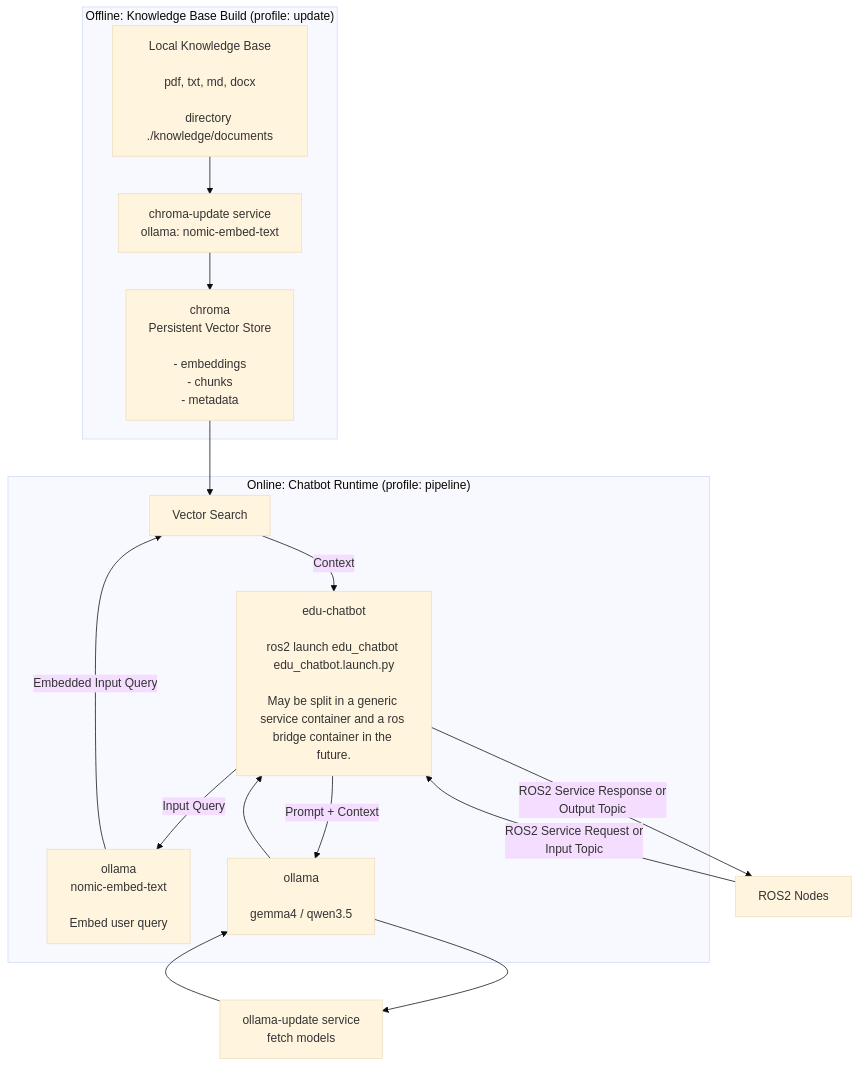
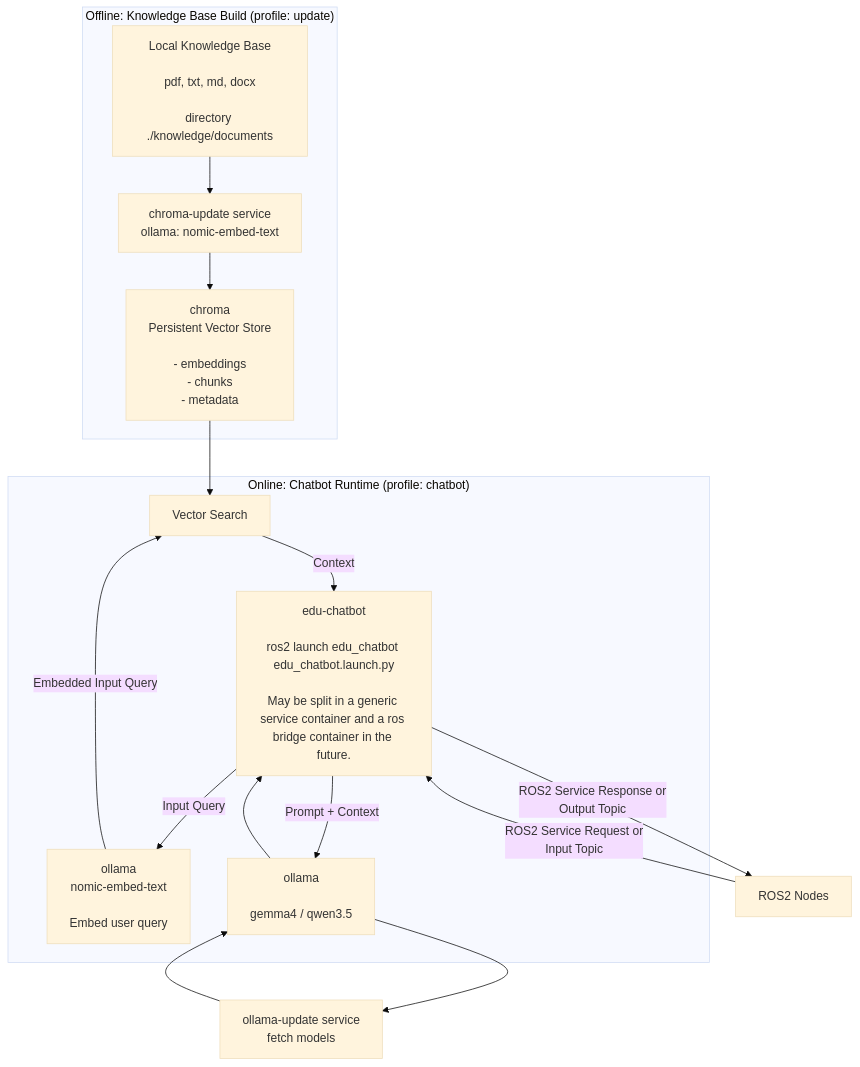
One commit to EduArt-Robotik/edu_chatbot changed the diagram in README.md. Above: the diagram before and after it, drawn with Mermaid (base theme). The commit also changed other lines of this file and 1 other file, not shown here.

````diff
--- a/README.md
+++ b/README.md
@@ -7,64 +12,64 @@
 ```mermaid
 flowchart TB
 
 %% =========================
 %% Offline ingestion
 %% =========================
 
 subgraph OFFLINE["Offline: Knowledge Base Build (profile: update)"]
     DOCS["Local Knowledge Base<br/><br/>pdf, txt, md, docx<br/><br/>directory ./knowledge/documents"]
     
     EMBED["chroma-update service<br/>ollama: nomic-embed-text"]
     
     CHROMA["chroma<br/>Persistent Vector Store<br/><br/>- embeddings<br/>- chunks<br/>- metadata"]
 
     DOCS -->  EMBED
     EMBED --> CHROMA
 end
 
 
 %% =========================
 %% Runtime system
 %% =========================
 
 ROS["ROS2 Nodes"]
 UPDATE["ollama-update service<br/>fetch models"]
 
-subgraph RUNTIME["Online: Chatbot Runtime (profile: pipeline)"]
+subgraph RUNTIME["Online: Chatbot Runtime (profile: chatbot)"]
    
 
     CHATBOT["edu-chatbot<br/><br/>ros2 launch edu_chatbot edu_chatbot.launch.py<br/><br/>May be split in a generic service container and a ros bridge container in the future."]
 
     QEMBED["ollama<br/>nomic-embed-text<br/><br/>Embed user query"]
 
     SEARCH["Vector Search"]
 
     LLM["ollama<br/><br/>gemma4 / qwen3.5"]
 
 end
 
 
 %% =========================
 %% Runtime connections
 %% =========================
 
 ROS -->|"ROS2 Service Request or<br/>Input Topic"| CHATBOT
 
 CHATBOT -->|"Input Query"| QEMBED
 
 QEMBED -->|"Embedded Input Query"| SEARCH
 
 CHROMA --> SEARCH
 
 SEARCH -->|"Context"| CHATBOT
 
 CHATBOT -->|"Prompt + Context"| LLM
 
 LLM --> CHATBOT
 
 CHATBOT -->|"ROS2 Service Response or<br/>Output Topic"| ROS
 
 LLM --> UPDATE
 
 UPDATE --> LLM
 ```
````
